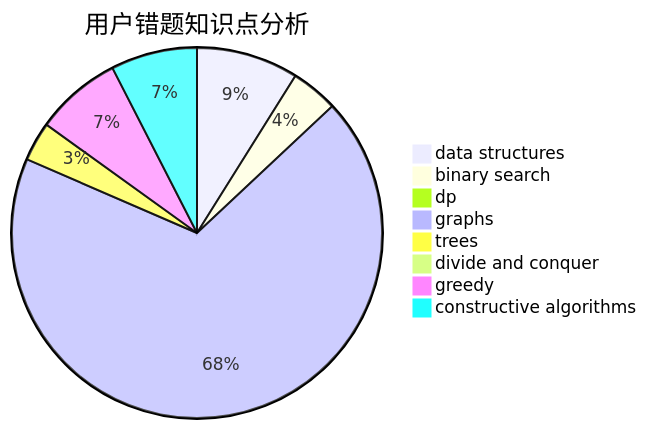
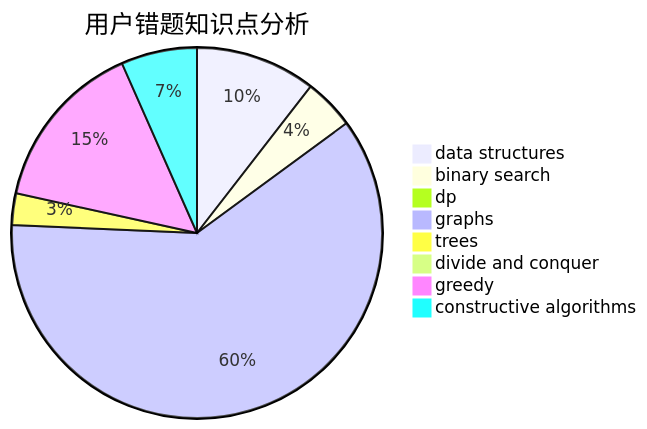
One commit to sherpahu/cfrs.github.io changed the third of 3 diagrams in docs/user/u983.md. Above: the diagram before and after it, drawn with Mermaid. The commit also changed other lines of this file and 2770 other files, not shown here.

````diff
--- a/docs/user/u983.md
+++ b/docs/user/u983.md
@@ -36,11 +36,11 @@
 ```mermaid
 pie title 用户错题知识点分析
-    "data structures" :  13
-    "binary search" :  6
+    "data structures" :  19
+    "binary search" :  8
     "dp" :  1
-    "graphs" :  100
+    "graphs" :  110
     "trees" :  5
     "divide and conquer" :  0
-    "greedy" :  11
-    "constructive algorithms" :  11
+    "greedy" :  27
+    "constructive algorithms" :  12
 ```
````
